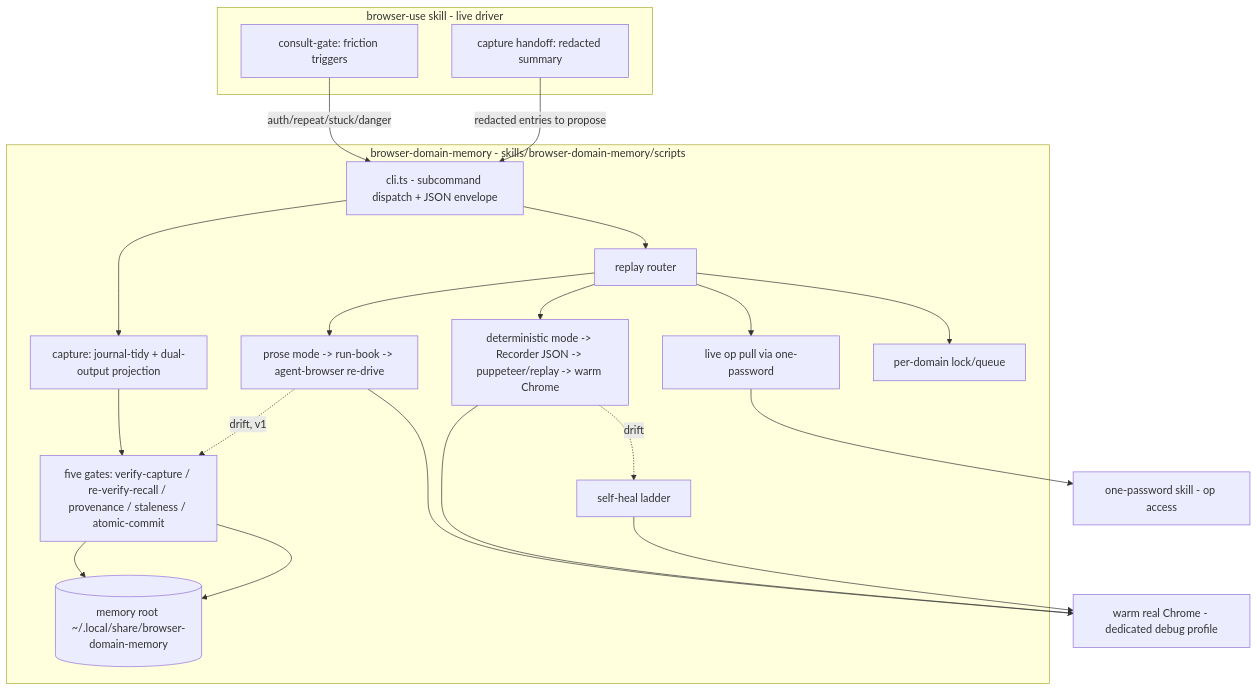
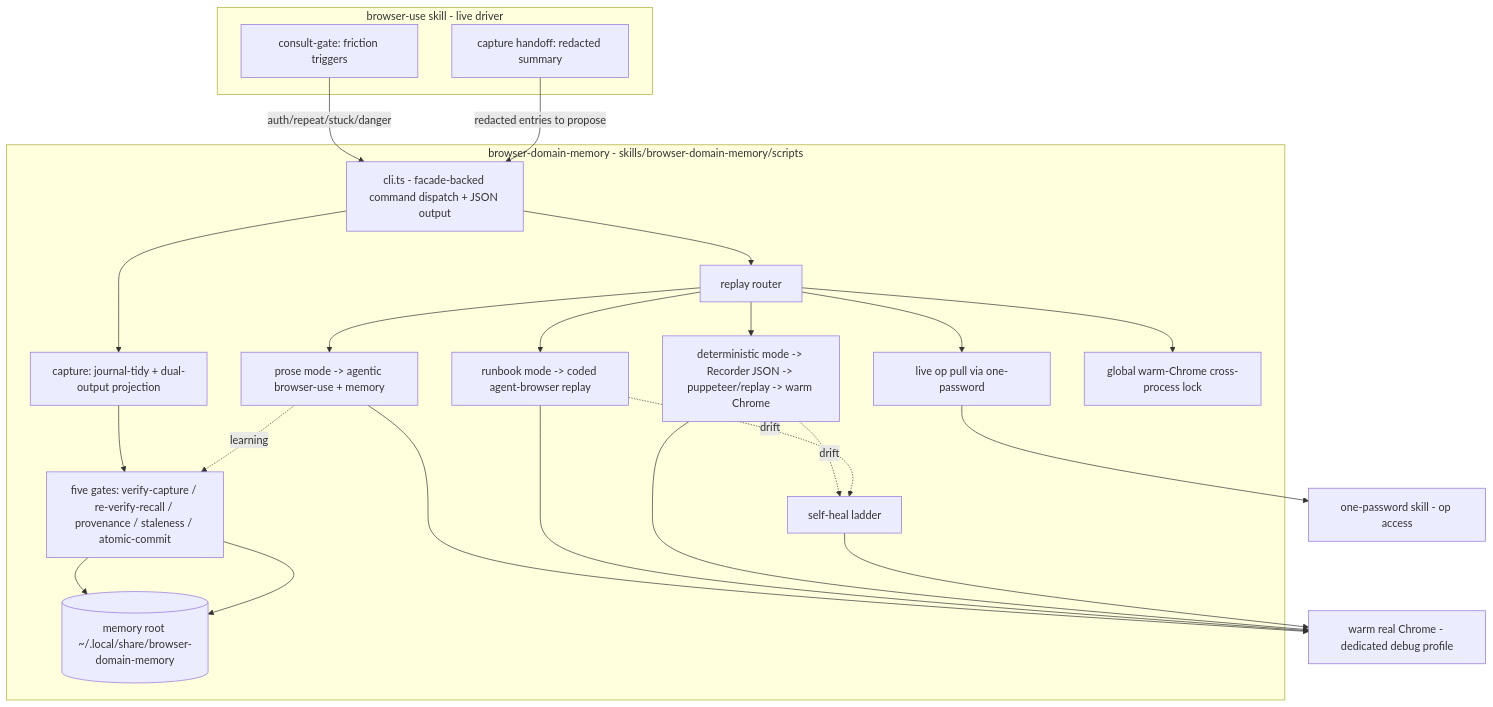
The first of 3 diagrams in docs/plans/2026-05-31-001-feat-browser-domain-memory-plan.md (nathanvale/claude-code-config), drawn with Mermaid before and after one commit. The commit also changed other lines of this file and 16 other files, not shown here.

First line of the commit message:
feat(browser-use): add Warm Chrome preflight contract

````diff
--- a/docs/plans/2026-05-31-001-feat-browser-domain-memory-plan.md
+++ b/docs/plans/2026-05-31-001-feat-browser-domain-memory-plan.md
@@ -252,37 +370,41 @@
 ```mermaid
 flowchart TB
   subgraph BU[browser-use skill - live driver]
     CG[consult-gate: friction triggers]
     HS[capture handoff: redacted summary]
   end
   subgraph BDM[browser-domain-memory - skills/browser-domain-memory/scripts]
-    CLI[cli.ts - subcommand dispatch + JSON envelope]
+    CLI[cli.ts - facade-backed command dispatch + JSON output]
     CAP[capture: journal-tidy + dual-output projection]
     REPL[replay router]
-    PROSE[prose mode -> run-book -> agent-browser re-drive]
+    PROSE[prose mode -> agentic browser-use + memory]
+    RUNBOOK[runbook mode -> coded agent-browser replay]
     DET[deterministic mode -> Recorder JSON -> puppeteer/replay -> warm Chrome]
     HEAL[self-heal ladder]
     GATES[five gates: verify-capture / re-verify-recall / provenance / staleness / atomic-commit]
     AUTH[live op pull via one-password]
-    LOCK[per-domain lock/queue]
+    LOCK[global warm-Chrome cross-process lock]
     STORE[(memory root ~/.local/share/browser-domain-memory)]
   end
   OP[one-password skill - op access]
   CHROME[warm real Chrome - dedicated debug profile]
 
   CG -->|auth/repeat/stuck/danger| CLI
   CLI --> CAP --> GATES --> STORE
   CLI --> REPL
   REPL --> PROSE
+  REPL --> RUNBOOK
   REPL --> DET
   PROSE --> CHROME
+  RUNBOOK --> CHROME
   DET --> CHROME
   DET -.drift.-> HEAL
-  PROSE -.drift, v1.-> GATES
+  RUNBOOK -.drift.-> HEAL
+  PROSE -.learning.-> GATES
   HEAL --> CHROME
   AUTH --> OP
   REPL --> AUTH
   REPL --> LOCK
   GATES --> STORE
   HS -->|redacted entries to propose| CLI
 ```
````
